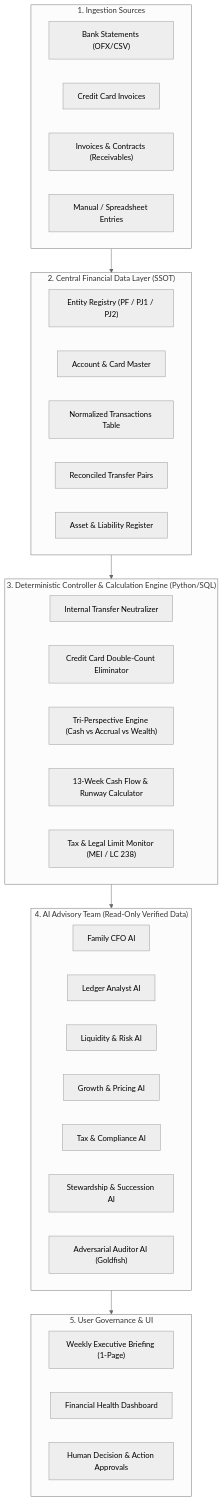
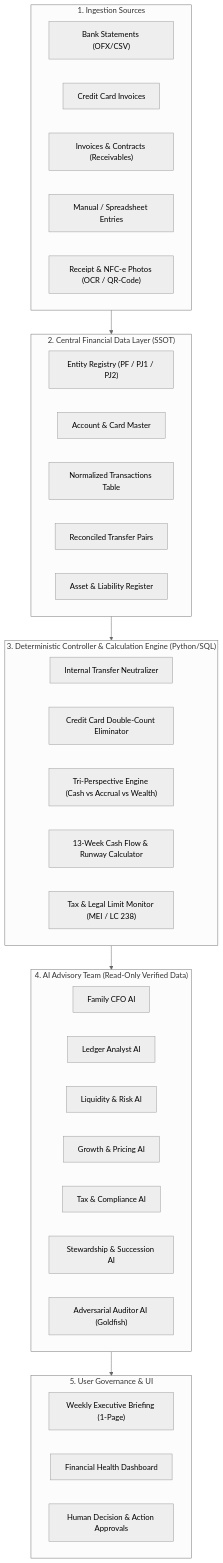
Before and after one commit to Henzen3d/open-family-office: the first of 2 diagrams in docs/FINANCIAL_DATA_ARCHITECTURE.md, drawn with Mermaid (neutral theme). The commit also changed other lines of this file and 28 other files, not shown here.

Commit message:
feat: implement Phase 1 deterministic core, receipt photo OCR spec and models, and unit tests

````diff
--- a/docs/FINANCIAL_DATA_ARCHITECTURE.md
+++ b/docs/FINANCIAL_DATA_ARCHITECTURE.md
@@ -13,46 +13,47 @@
 ```mermaid
 flowchart TD
     subgraph Ingestion["1. Ingestion Sources"]
         A1["Bank Statements (OFX/CSV)"]
         A2["Credit Card Invoices"]
         A3["Invoices & Contracts (Receivables)"]
         A4["Manual / Spreadsheet Entries"]
+        A5["Receipt & NFC-e Photos (OCR / QR-Code)"]
     end
 
     subgraph DataLayer["2. Central Financial Data Layer (SSOT)"]
         B1["Entity Registry (PF / PJ1 / PJ2)"]
         B2["Account & Card Master"]
         B3["Normalized Transactions Table"]
         B4["Reconciled Transfer Pairs"]
         B5["Asset & Liability Register"]
     end
 
     subgraph Controller["3. Deterministic Controller & Calculation Engine (Python/SQL)"]
         C1["Internal Transfer Neutralizer"]
         C2["Credit Card Double-Count Eliminator"]
         C3["Tri-Perspective Engine (Cash vs Accrual vs Wealth)"]
         C4["13-Week Cash Flow & Runway Calculator"]
         C5["Tax & Legal Limit Monitor (MEI / LC 238)"]
     end
 
     subgraph Intelligence["4. AI Advisory Team (Read-Only Verified Data)"]
         D1["Family CFO AI"]
         D2["Ledger Analyst AI"]
         D3["Liquidity & Risk AI"]
         D4["Growth & Pricing AI"]
         D5["Tax & Compliance AI"]
         D6["Stewardship & Succession AI"]
         D7["Adversarial Auditor AI (Goldfish)"]
     end
 
     subgraph Output["5. User Governance & UI"]
         E1["Weekly Executive Briefing (1-Page)"]
         E2["Financial Health Dashboard"]
         E3["Human Decision & Action Approvals"]
     end
 
     Ingestion --> DataLayer
     DataLayer --> Controller
     Controller --> Intelligence
     Intelligence --> Output
 ```
````
